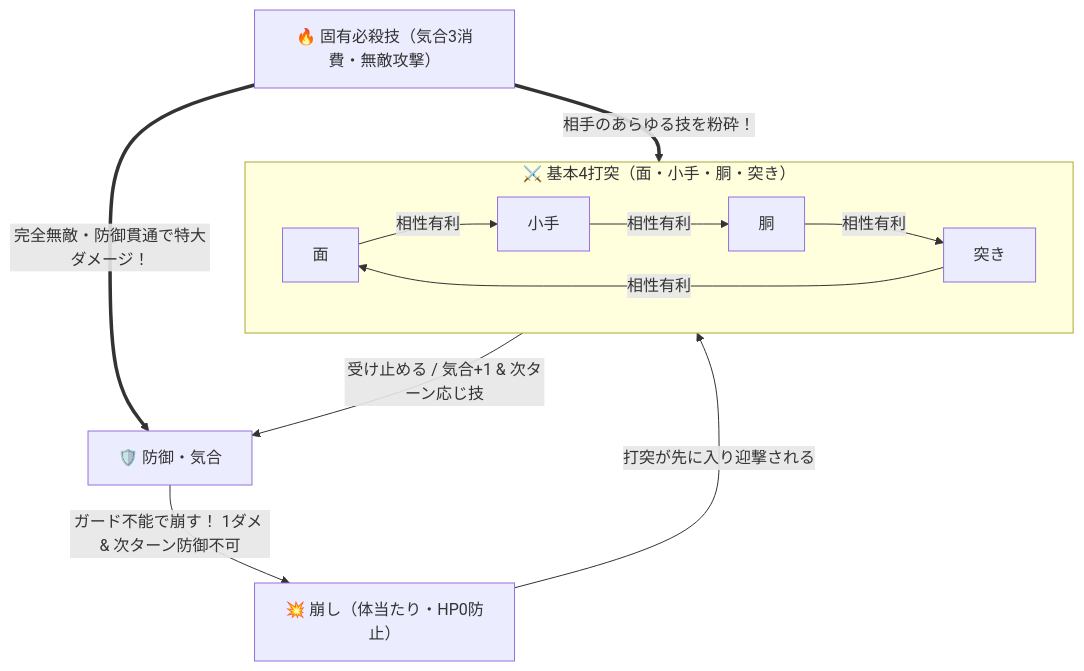
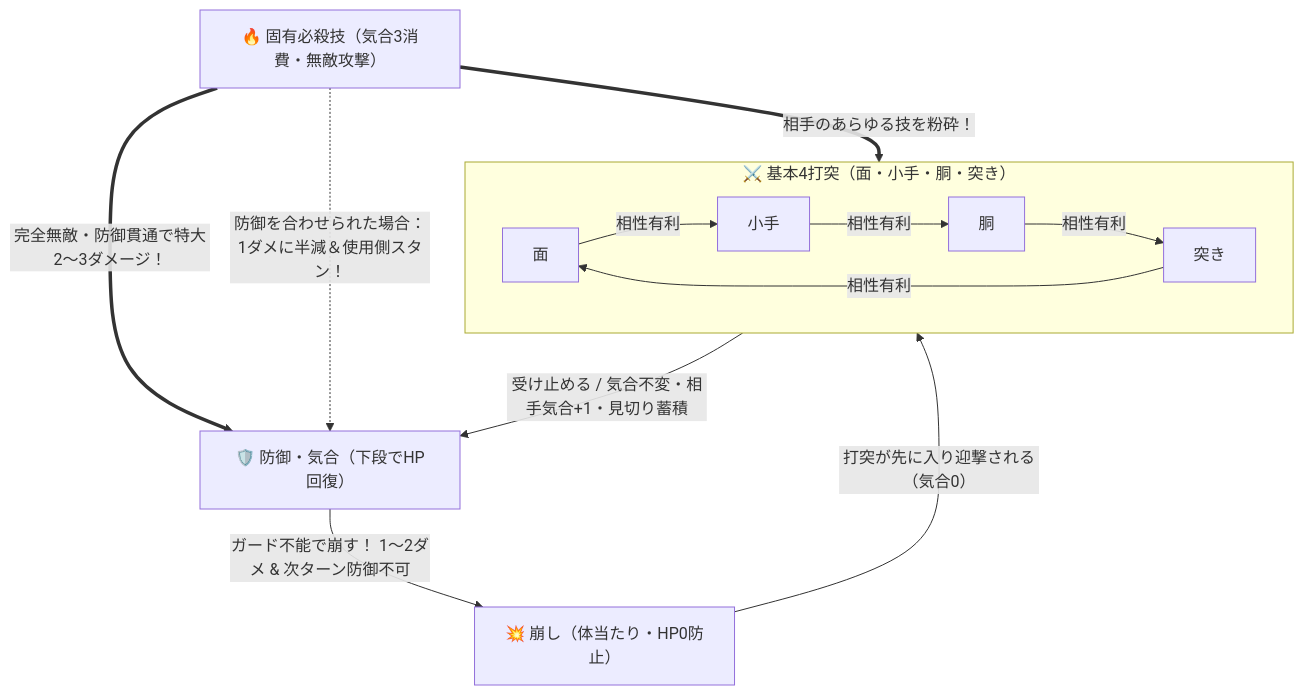
Before and after one commit to rinevo/Kendo: the diagram in README.md, drawn with Mermaid. The commit also changed other lines of this file and 6 other files, not shown here.

````diff
--- a/README.md
+++ b/README.md
@@ -63,19 +65,20 @@
 ```mermaid
 flowchart TD
     subgraph 基本4打突["⚔️ 基本4打突（面・小手・胴・突き）"]
         Men["面"] -->|相性有利| Kote["小手"]
         Kote -->|相性有利| Do["胴"]
         Do -->|相性有利| Tsuki["突き"]
         Tsuki -->|相性有利| Men
     end
 
-    Defend["🛡️ 防御・気合"]
+    Defend["🛡️ 防御・気合（下段でHP回復）"]
     Break["💥 崩し（体当たり・HP0防止）"]
     Special["🔥 固有必殺技（気合3消費・無敵攻撃）"]
 
-    基本4打突 -->|受け止める / 気合+1 & 次ターン応じ技| Defend
-    Defend -->|ガード不能で崩す！ 1ダメ & 次ターン防御不可| Break
-    Break -->|打突が先に入り迎撃される| 基本4打突
-    Special ==>|完全無敵・防御貫通で特大ダメージ！| Defend
+    基本4打突 -->|受け止める / 気合不変・相手気合+1・見切り蓄積| Defend
+    Defend -->|ガード不能で崩す！ 1〜2ダメ & 次ターン防御不可| Break
+    Break -->|打突が先に入り迎撃される（気合0）| 基本4打突
+    Special ==>|完全無敵・防御貫通で特大2〜3ダメージ！| Defend
+    Special -.->|防御を合わせられた場合：1ダメに半減＆使用側スタン！| Defend
     Special ==>|相手のあらゆる技を粉砕！| 基本4打突
 ```
````
